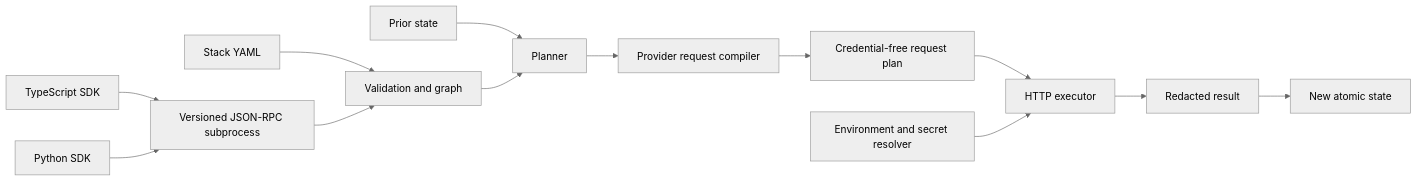
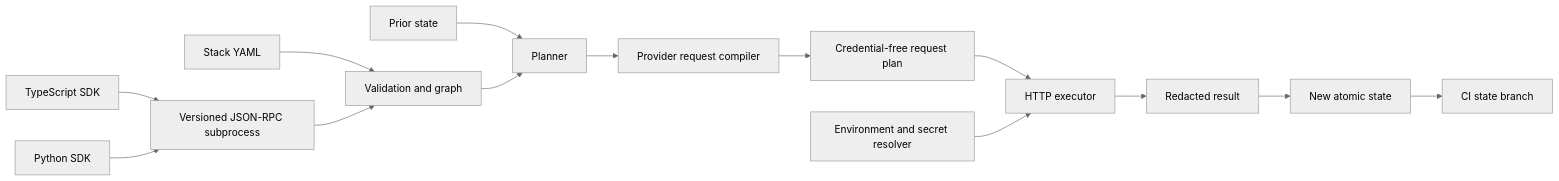
Before and after one commit to djsydney04/openStack: the diagram in docs/architecture.md, drawn with Mermaid (neutral theme). The commit also changed other lines of this file and 11 other files, not shown here.

````diff
--- a/docs/architecture.md
+++ b/docs/architecture.md
@@ -7,15 +7,16 @@
 ```mermaid
 flowchart LR
     Y["Stack YAML"] --> V["Validation and graph"]
     S["Prior state"] --> P["Planner"]
     V --> P
     P --> C["Provider request compiler"]
     C --> D["Credential-free request plan"]
     D --> E["HTTP executor"]
     X["Environment and secret resolver"] --> E
     E --> R["Redacted result"]
     R --> N["New atomic state"]
+    N --> G["CI state branch"]
     TS["TypeScript SDK"] --> RPC["Versioned JSON-RPC subprocess"]
     PY["Python SDK"] --> RPC
     RPC --> V
 ```
````
